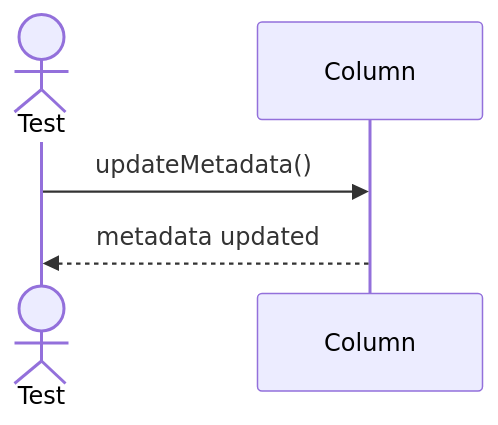
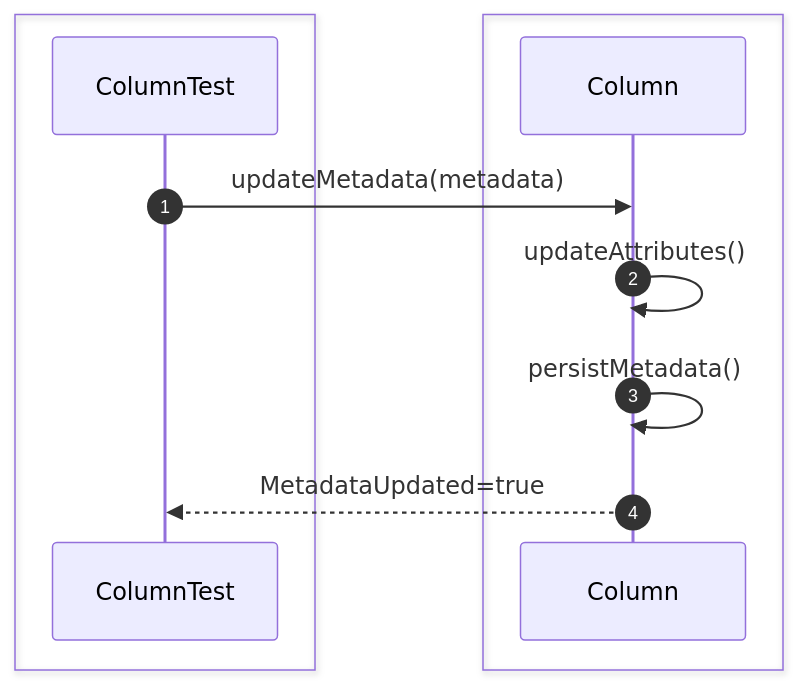
Diagram 13 of 42 in src/sequence/db-object.md (Huy1801214/dbms-architecture), drawn with Mermaid before and after one commit. The commit also changed other lines of this file, not shown here.

Commit message:
add sequence diagrams for database object unit tests

````diff
--- a/src/sequence/db-object.md
+++ b/src/sequence/db-object.md
@@ -151,8 +280,18 @@
 ```mermaid
 sequenceDiagram
-    actor Test
-    participant Column
+    autonumber
+    box #e1f5fe Test Suite
+    participant Test as ColumnTest
+    end
+    box #e8f5e9 Database Objects
+    participant Column as Column
+    end
 
-    Test->>Column: updateMetadata()
-    Column-->>Test: metadata updated
+    Test->>Column: updateMetadata(metadata)
+
+    Column->>Column: updateAttributes()
+
+    Column->>Column: persistMetadata()
+
+    Column-->>Test: MetadataUpdated=true
 ```
````
